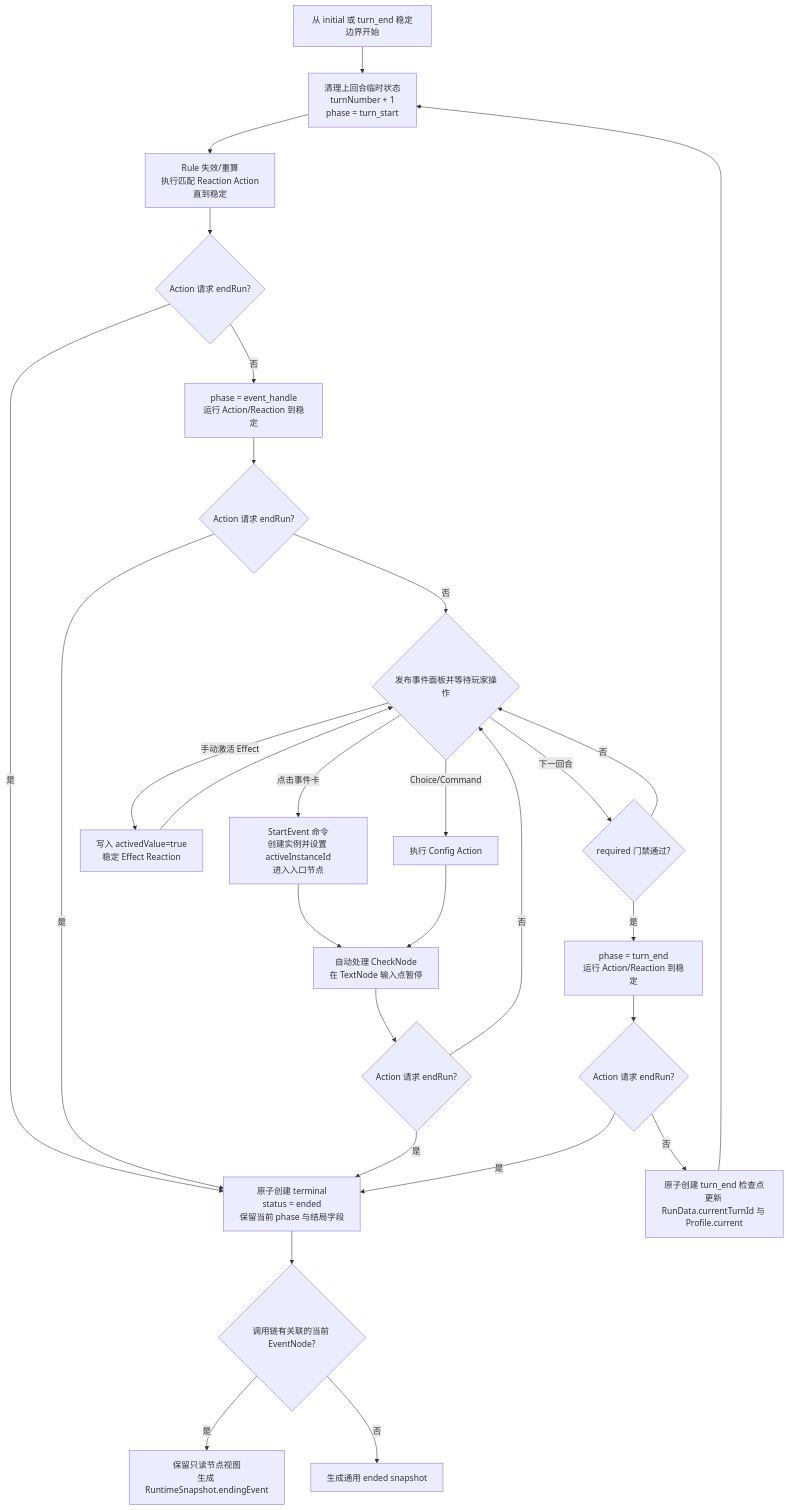
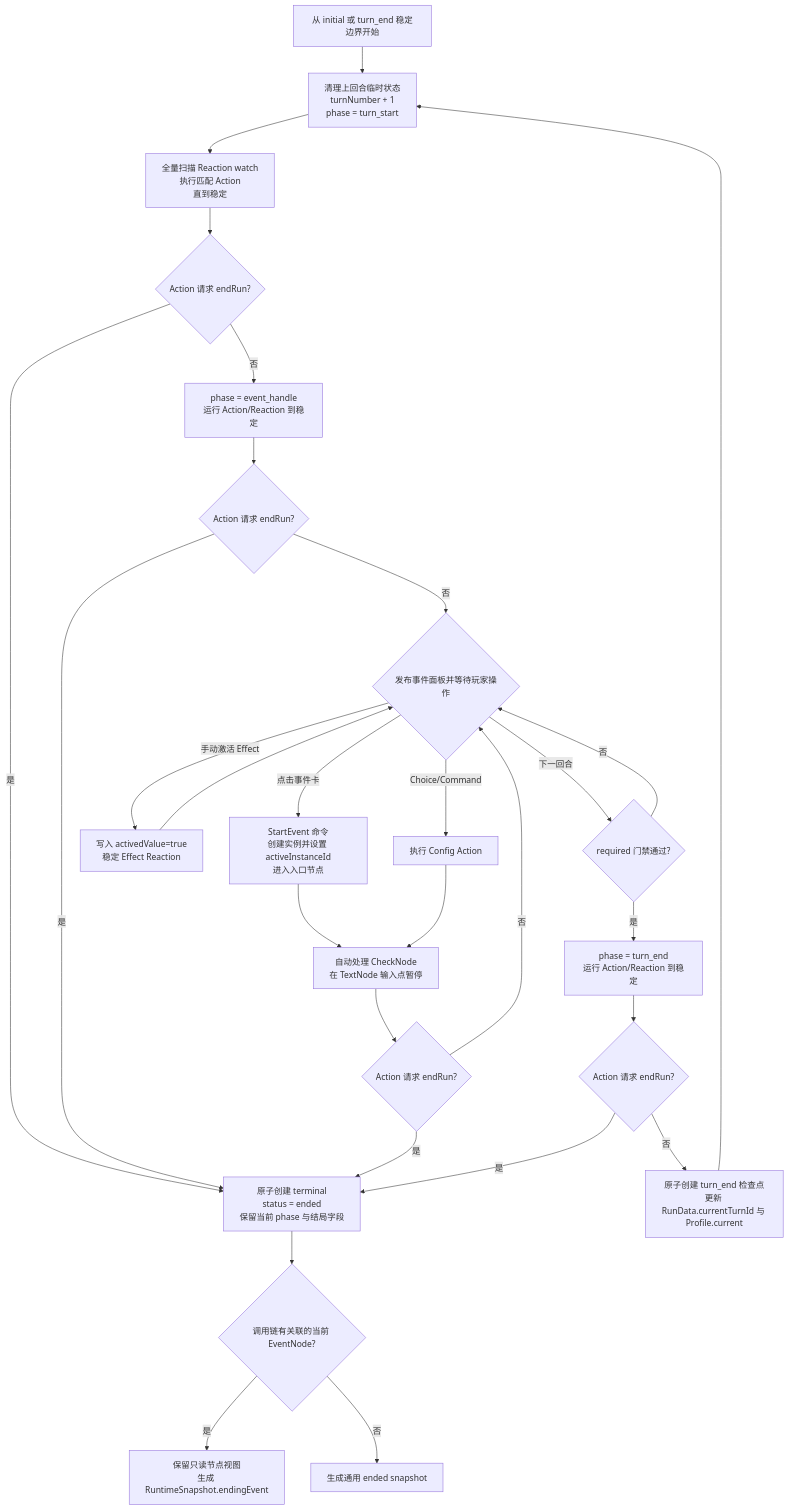
One commit to IanYet/maker-simulator changed the diagram in docs/game-design/gameplay-runtime-flow.md. Above: the diagram before and after it, drawn with Mermaid. The commit also changed other lines of this file and 38 other files, not shown here.

````diff
--- a/docs/game-design/gameplay-runtime-flow.md
+++ b/docs/game-design/gameplay-runtime-flow.md
@@ -269,30 +282,30 @@
 ```mermaid
 flowchart TD
     A[从 initial 或 turn_end 稳定边界开始] --> B[清理上回合临时状态<br/>turnNumber + 1<br/>phase = turn_start]
-    B --> C[Rule 失效/重算<br/>执行匹配 Reaction Action<br/>直到稳定]
+    B --> C[全量扫描 Reaction watch<br/>执行匹配 Action<br/>直到稳定]
     C --> D{Action 请求 endRun?}
     D -- 是 --> Z[原子创建 terminal<br/>status = ended<br/>保留当前 phase 与结局字段]
     D -- 否 --> E[phase = event_handle<br/>运行 Action/Reaction 到稳定]
     E --> E2{Action 请求 endRun?}
     E2 -- 是 --> Z
     E2 -- 否 --> F{发布事件面板并等待玩家操作}
     F -- 点击事件卡 --> G[StartEvent 命令<br/>创建实例并设置 activeInstanceId<br/>进入入口节点]
     F -- Choice/Command --> H[执行 Config Action]
     F -- 手动激活 Effect --> H2[写入 activedValue=true<br/>稳定 Effect Reaction]
     H2 --> F
     F -- 下一回合 --> I{required 门禁通过?}
     I -- 否 --> F
     I -- 是 --> J[phase = turn_end<br/>运行 Action/Reaction 到稳定]
     G --> K[自动处理 CheckNode<br/>在 TextNode 输入点暂停]
     H --> K
     K --> L{Action 请求 endRun?}
     L -- 是 --> Z
     L -- 否 --> F
     J --> M{Action 请求 endRun?}
     M -- 是 --> Z
     M -- 否 --> N[原子创建 turn_end 检查点<br/>更新 RunData.currentTurnId 与 Profile.current]
     N --> B
     Z --> O{调用链有关联的当前 EventNode?}
     O -- 是 --> P[保留只读节点视图<br/>生成 RuntimeSnapshot.endingEvent]
     O -- 否 --> Q[生成通用 ended snapshot]
 ```
````
